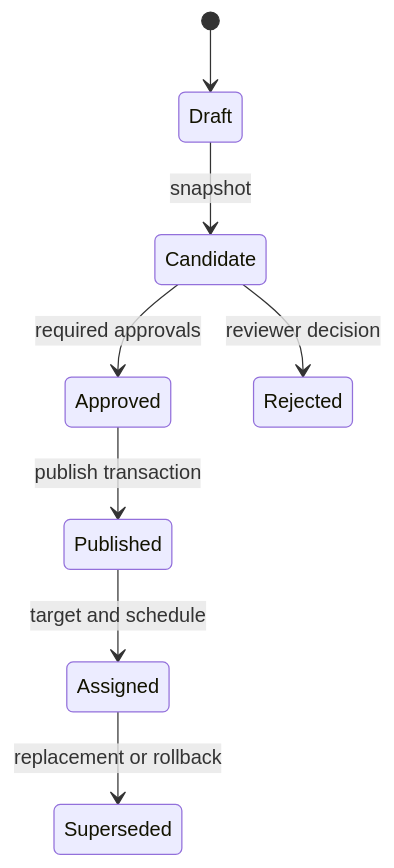
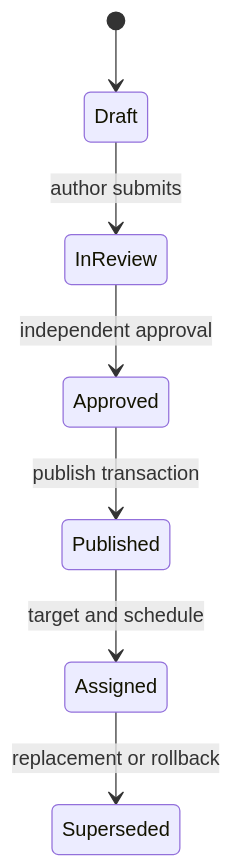
One commit to wagnerks1990/ScreenGoblin changed the diagram in docs/architecture/AUTHORIZATION_RELEASE_PLAN.md. Above: the diagram before and after it, drawn with Mermaid. The commit also changed other lines of this file and 35 other files, not shown here.

````diff
--- a/docs/architecture/AUTHORIZATION_RELEASE_PLAN.md
+++ b/docs/architecture/AUTHORIZATION_RELEASE_PLAN.md
@@ -105,10 +113,9 @@
 ```mermaid
 stateDiagram-v2
     [*] --> Draft
-    Draft --> Candidate: snapshot
-    Candidate --> Approved: required approvals
-    Candidate --> Rejected: reviewer decision
+    Draft --> InReview: author submits
+    InReview --> Approved: independent approval
     Approved --> Published: publish transaction
     Published --> Assigned: target and schedule
     Assigned --> Superseded: replacement or rollback
 ```
````
